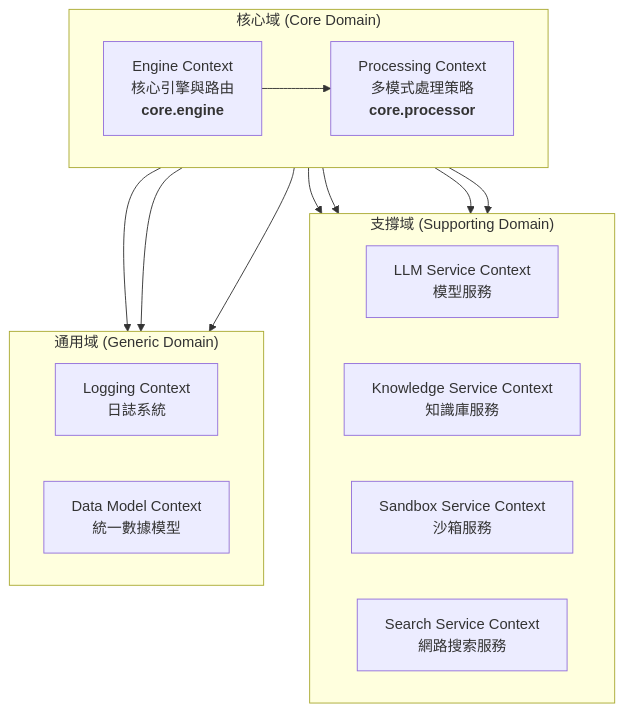
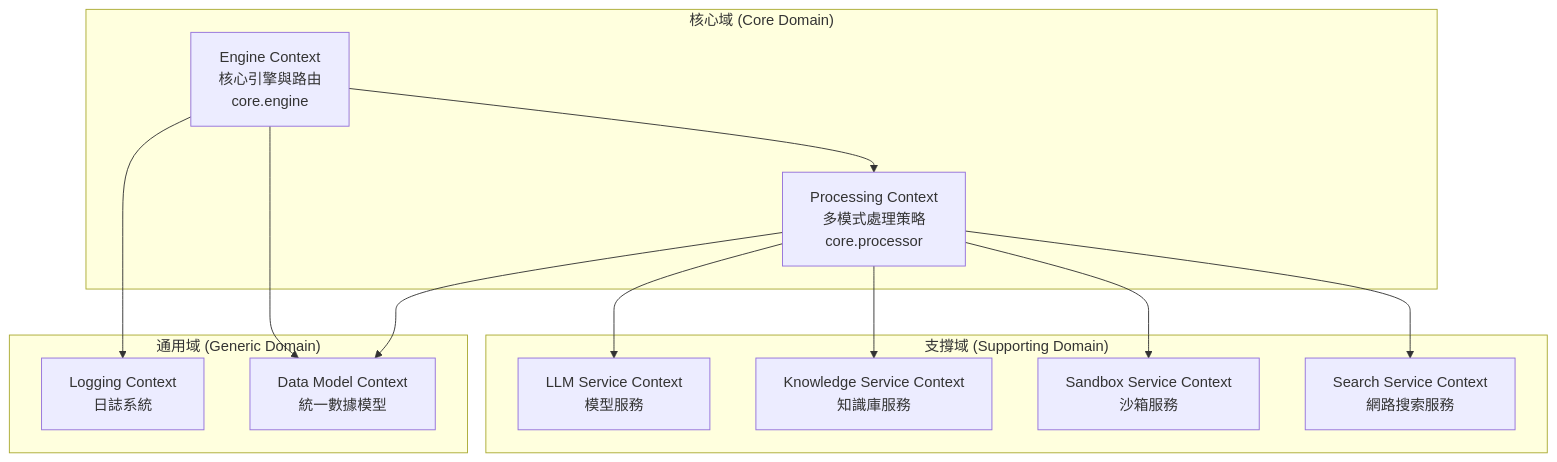
Before and after one commit to Zenobia000/openagent_backend: the fourth of 7 diagrams in Architecture_Refactoring_Toolkit/project_docs/06_architecture_and_design_document.md, drawn with Mermaid. The commit also changed other lines of this file and 1 other file, not shown here.

First line of the commit message:
fix: Fix Mermaid diagram syntax errors in architecture documentation

````diff
--- a/Architecture_Refactoring_Toolkit/project_docs/06_architecture_and_design_document.md
+++ b/Architecture_Refactoring_Toolkit/project_docs/06_architecture_and_design_document.md
@@ -179,32 +189,29 @@
 ```mermaid
 graph TB
     subgraph "核心域 (Core Domain)"
-        direction LR
-        EngineCtx[Engine Context<br>核心引擎與路由<br><b>core.engine</b>]
-        ProcessingCtx[Processing Context<br>多模式處理策略<br><b>core.processor</b>]
+        EngineCtx[Engine Context<br/>核心引擎與路由<br/>core.engine]
+        ProcessingCtx[Processing Context<br/>多模式處理策略<br/>core.processor]
     end
 
     subgraph "支撐域 (Supporting Domain)"
-        direction LR
-        LLMCtx[LLM Service Context<br>模型服務]
-        KnowledgeCtx[Knowledge Service Context<br>知識庫服務]
-        SandboxCtx[Sandbox Service Context<br>沙箱服務]
-        SearchCtx[Search Service Context<br>網路搜索服務]
+        LLMCtx[LLM Service Context<br/>模型服務]
+        KnowledgeCtx[Knowledge Service Context<br/>知識庫服務]
+        SandboxCtx[Sandbox Service Context<br/>沙箱服務]
+        SearchCtx[Search Service Context<br/>網路搜索服務]
     end
 
     subgraph "通用域 (Generic Domain)"
-        direction LR
-        LoggingCtx[Logging Context<br>日誌系統]
-        ModelCtx[Data Model Context<br>統一數據模型]
+        LoggingCtx[Logging Context<br/>日誌系統]
+        ModelCtx[Data Model Context<br/>統一數據模型]
     end
 
     EngineCtx --> ProcessingCtx
     ProcessingCtx --> LLMCtx
     ProcessingCtx --> KnowledgeCtx
     ProcessingCtx --> SandboxCtx
     ProcessingCtx --> SearchCtx
     
     EngineCtx --> LoggingCtx
     EngineCtx --> ModelCtx
     ProcessingCtx --> ModelCtx
 ```
````
